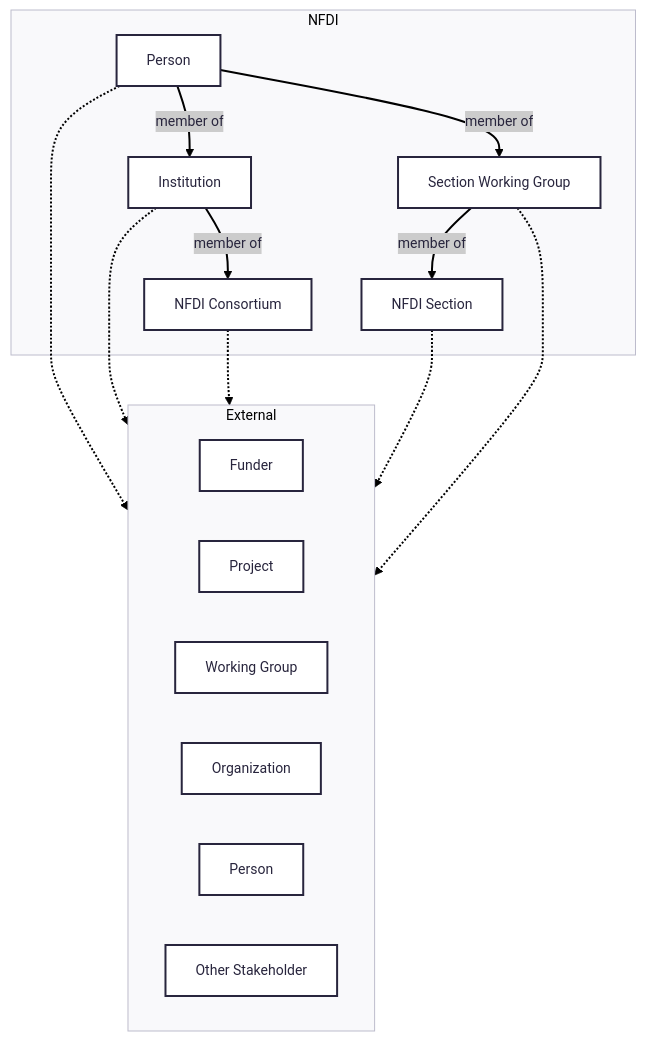
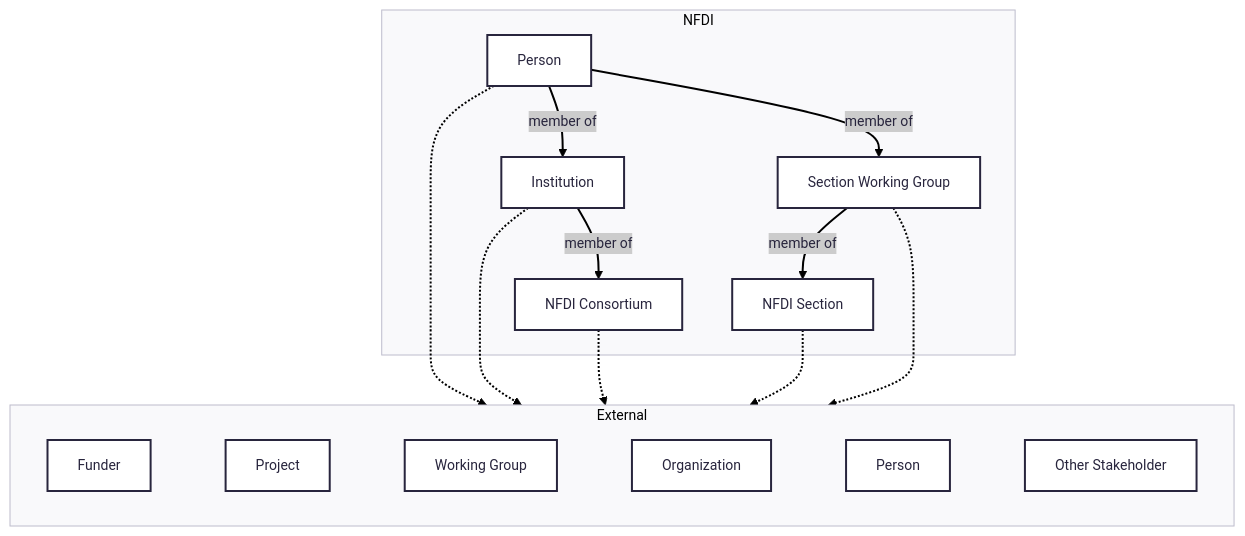
The diagram in README.md (nfdi-de/section-int-wg-landscape), drawn with Mermaid before and after one commit.

````diff
--- a/README.md
+++ b/README.md
@@ -11,27 +11,30 @@
 ```mermaid
 ---
 config:
       theme: redux
 ---
-graph TD
+graph TB
     
     internalPerson[Person] -.-> external
     internalInstitution[Institution] -.->  external
     internalConsortium[NFDI Consortium] -.-> external
     internalSection[NFDI Section] -.-> external
     internalWG[Section Working Group] -.-> external
 
     subgraph external [External]
         funder[Funder]
         project[Project]
         workingGroup[Working Group]
         organization[Organization]
         externalPerson[Person]
         externalOther[Other Stakeholder]
+        
+        funder ~~~ project ~~~ workingGroup ~~~ organization ~~~ externalPerson~~~ externalOther
+        
     end
 
     subgraph internal [NFDI]
         internalPerson -- member of --> internalInstitution -- member of --> internalConsortium
         internalPerson -- member of --> internalWG -- member of --> internalSection
     end
 ```
````
